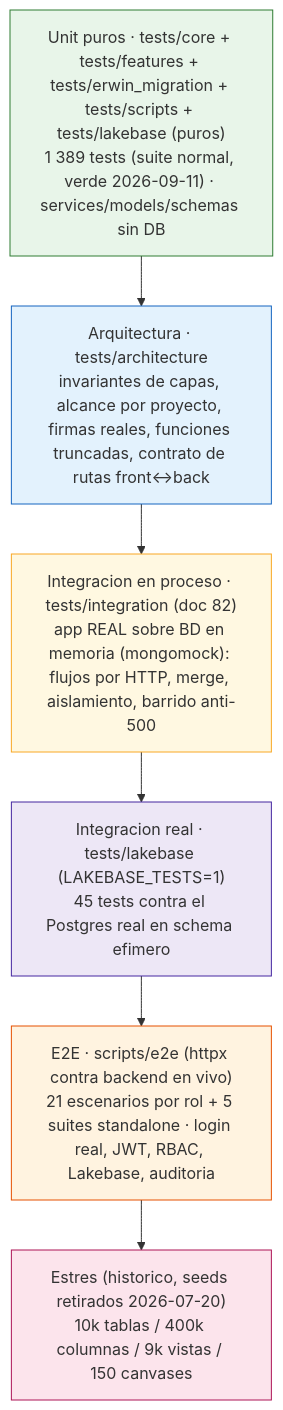
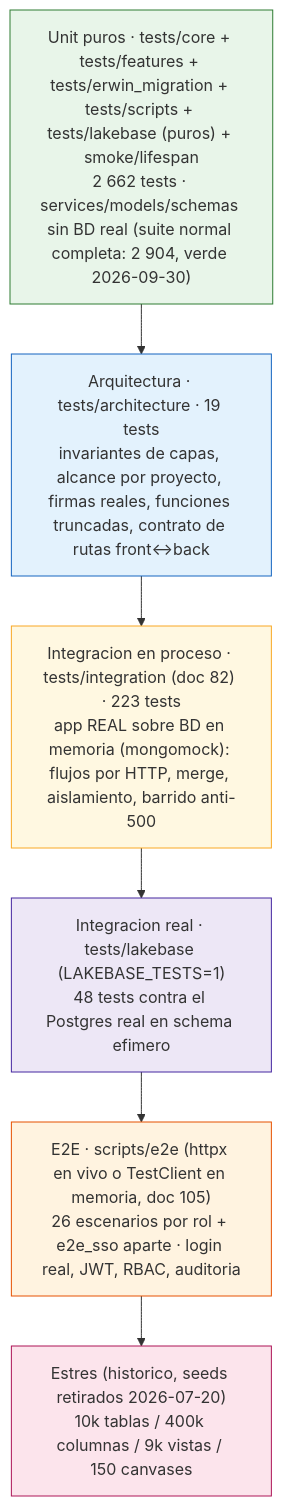
One commit to Carlosmps97/backend-data-model-hub changed the first of 6 diagrams in doc/testing.md. Above: the diagram before and after it, drawn with Mermaid. The commit also changed other lines of this file and 169 other files, not shown here.

````diff
--- a/doc/testing.md
+++ b/doc/testing.md
@@ -21,18 +21,18 @@
 ```mermaid
 flowchart TD
     A["Estres (historico, seeds retirados 2026-07-20)<br/>10k tablas / 400k columnas / 9k vistas / 150 canvases"]
-    B["E2E · scripts/e2e (httpx contra backend en vivo)<br/>21 escenarios por rol + 5 suites standalone · login real, JWT, RBAC, Lakebase, auditoria"]
-    L["Integracion real · tests/lakebase (LAKEBASE_TESTS=1)<br/>45 tests contra el Postgres real en schema efimero"]
-    I["Integracion en proceso · tests/integration (doc 82)<br/>app REAL sobre BD en memoria (mongomock): flujos por HTTP, merge, aislamiento, barrido anti-500"]
-    C["Arquitectura · tests/architecture<br/>invariantes de capas, alcance por proyecto, firmas reales, funciones truncadas, contrato de rutas front↔back"]
-    D["Unit puros · tests/core + tests/features + tests/erwin_migration + tests/scripts + tests/lakebase (puros)<br/>1 389 tests (suite normal, verde 2026-09-11) · services/models/schemas sin DB"]
+    B["E2E · scripts/e2e (httpx en vivo o TestClient en memoria, doc 105)<br/>26 escenarios por rol + e2e_sso aparte · login real, JWT, RBAC, auditoria"]
+    L["Integracion real · tests/lakebase (LAKEBASE_TESTS=1)<br/>48 tests contra el Postgres real en schema efimero"]
+    I["Integracion en proceso · tests/integration (doc 82) · 223 tests<br/>app REAL sobre BD en memoria (mongomock): flujos por HTTP, merge, aislamiento, barrido anti-500"]
+    C["Arquitectura · tests/architecture · 19 tests<br/>invariantes de capas, alcance por proyecto, firmas reales, funciones truncadas, contrato de rutas front↔back"]
+    D["Unit puros · tests/core + tests/features + tests/erwin_migration + tests/scripts + tests/lakebase (puros) + smoke/lifespan<br/>2 662 tests · services/models/schemas sin BD real (suite normal completa: 2 904, verde 2026-09-30)"]
 
     D --> C --> I --> L --> B --> A
 
     style D fill:#e8f5e9,stroke:#2e7d32
     style C fill:#e3f2fd,stroke:#1565c0
     style I fill:#fff8e1,stroke:#f9a825
     style L fill:#ede7f6,stroke:#4527a0
     style B fill:#fff3e0,stroke:#e65100
     style A fill:#fce4ec,stroke:#ad1457
 ```
````
